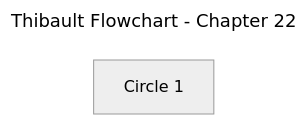
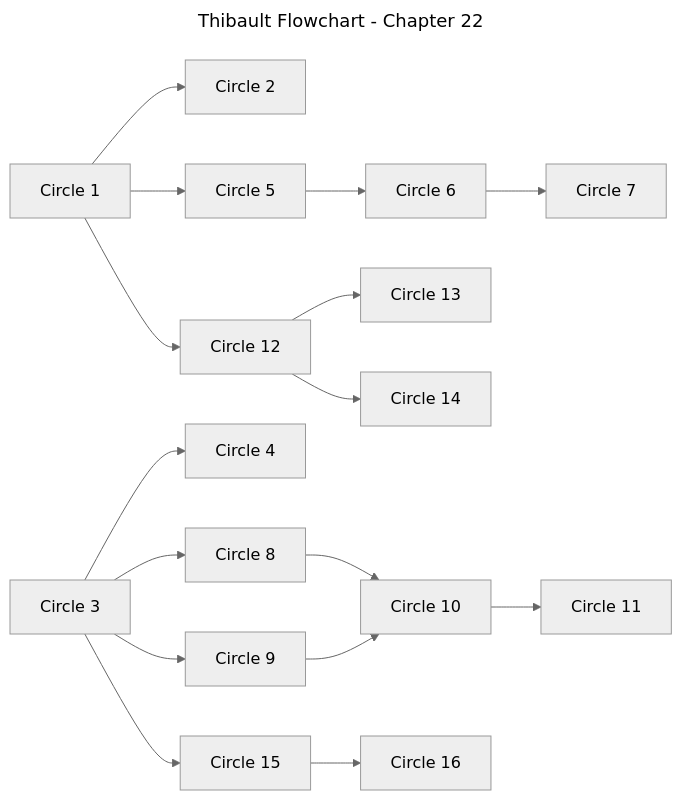
One commit to aquesnel/thibault-flowchart changed the diagram in flowchart-per-chapter/chapter-22.mmd. Above: the diagram before and after it, drawn with Mermaid (neutral theme).

Commit message:
feat(ch22): initial flowchart of the circles

```diff
--- a/flowchart-per-chapter/chapter-22.mmd
+++ b/flowchart-per-chapter/chapter-22.mmd
@@ -1,10 +1,42 @@
 ---
 title: Thibault Flowchart - Chapter 22
 config:
   layout: dagre
   flowchart:
     htmlLabels: false
 ---
 flowchart LR
 	%% Nodes
 	B1_T22_C01["Circle 1"]
+	B1_T22_C02["Circle 2"]
+	B1_T22_C03["Circle 3"]
+	B1_T22_C04["Circle 4"]
+	B1_T22_C05["Circle 5"]
+	B1_T22_C06["Circle 6"]
+	B1_T22_C07["Circle 7"]
+	B1_T22_C08["Circle 8"]
+	B1_T22_C09["Circle 9"]
+	B1_T22_C10["Circle 10"]
+	B1_T22_C11["Circle 11"]
+	B1_T22_C12["Circle 12"]
+	B1_T22_C13["Circle 13"]
+	B1_T22_C14["Circle 14"]
+	B1_T22_C15["Circle 15"]
+	B1_T22_C16["Circle 16"]
+
+	%% Edges
+	B1_T22_C01 --> B1_T22_C02
+	B1_T22_C03 --> B1_T22_C04
+	B1_T22_C01 --> B1_T22_C05
+	B1_T22_C05 --> B1_T22_C06
+	B1_T22_C06 --> B1_T22_C07
+	B1_T22_C03 --> B1_T22_C08
+	B1_T22_C03 --> B1_T22_C09
+	B1_T22_C08 --> B1_T22_C10
+	B1_T22_C09 --> B1_T22_C10
+	B1_T22_C10 --> B1_T22_C11
+	B1_T22_C01 --> B1_T22_C12
+	B1_T22_C12 --> B1_T22_C13
+	B1_T22_C12 --> B1_T22_C14
+	B1_T22_C03 --> B1_T22_C15
+	B1_T22_C15 --> B1_T22_C16
```
